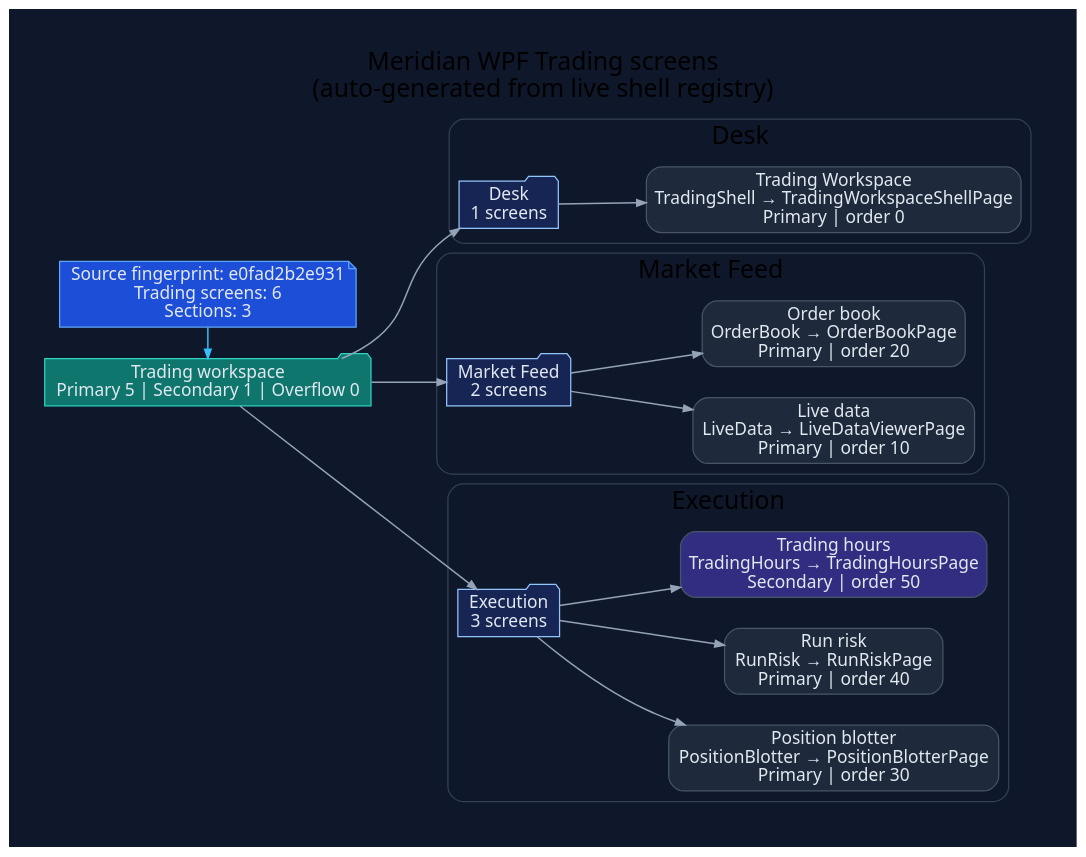
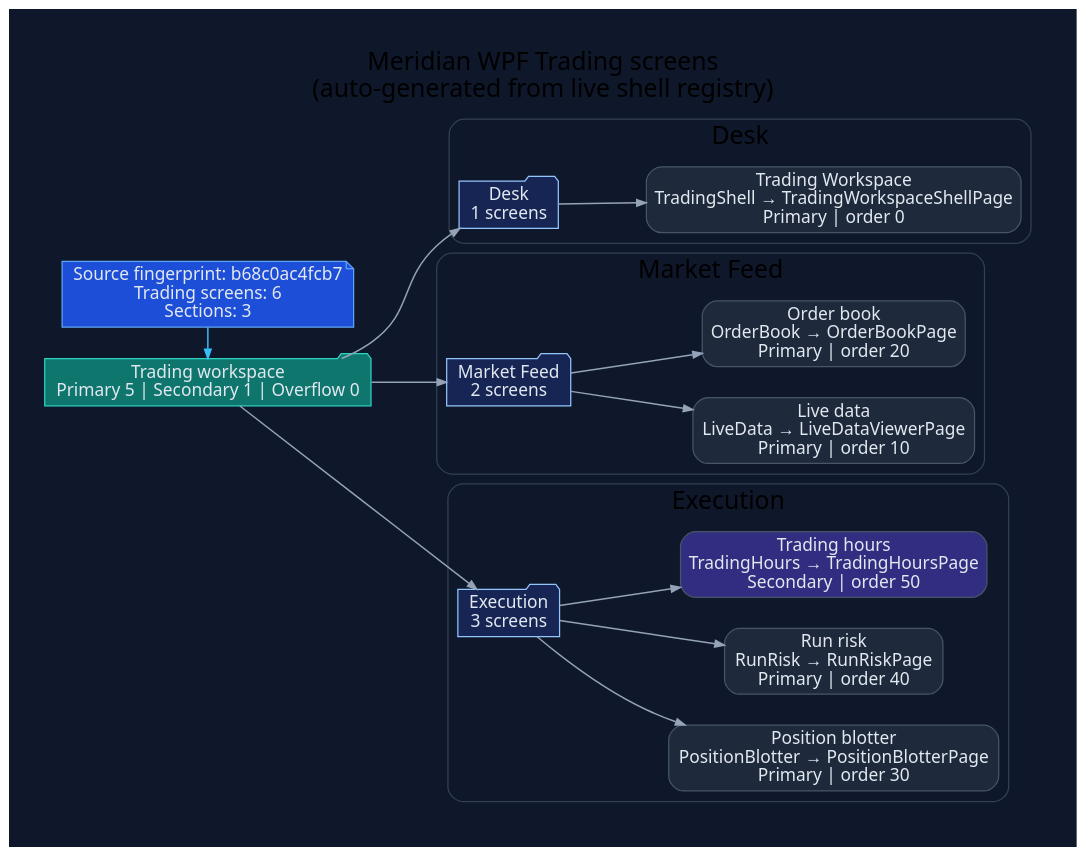
Before and after one commit to rodoHasArrived/Meridian-main: the diagram in docs/diagrams/ui-wpf-screens-trading.dot, drawn with Graphviz. The commit also changed 26 other files, not shown here.

First line of the commit message:
docs(generated): regenerate UI diagrams and refresh reviewed hashes after merging main

```diff
--- a/docs/diagrams/ui-wpf-screens-trading.dot
+++ b/docs/diagrams/ui-wpf-screens-trading.dot
@@ -1,62 +1,62 @@
 // -----------------------------------------------------------------------------
 // <auto-generated>
 // Generated by scripts/generate-diagrams.mjs.
 // Do not edit this file directly; update the WPF source files instead.
 // -----------------------------------------------------------------------------
 digraph WpfTradingScreens {
   graph [
     rankdir=LR,
     labelloc=t,
     label="Meridian WPF Trading screens\n(auto-generated from live shell registry)",
     fontname="Segoe UI",
     fontsize=20,
     pad=0.4,
     nodesep=0.35,
     ranksep=0.85,
     bgcolor="#0f172a"
   ];
   node [fontname="Segoe UI", shape=box, style="rounded,filled", color="#475569", fontcolor="#e2e8f0", fillcolor="#1e293b"];
   edge [fontname="Segoe UI", color="#94a3b8", penwidth=1.2, arrowsize=0.75];
 
-  generated [shape=note, fillcolor="#1d4ed8", color="#60a5fa", label="Source fingerprint: e0fad2b2e931\nTrading screens: 6\nSections: 3"];
+  generated [shape=note, fillcolor="#1d4ed8", color="#60a5fa", label="Source fingerprint: b68c0ac4fcb7\nTrading screens: 6\nSections: 3"];
   workspace [shape=folder, fillcolor="#0f766e", color="#2dd4bf", label="Trading workspace\nPrimary 5 | Secondary 1 | Overflow 0"];
   generated -> workspace [color="#38bdf8"];
 
   subgraph cluster_section_1 {
     label="Desk";
     color="#334155";
     style="rounded";
     section_1 [shape=folder, fillcolor="#172554", color="#93c5fd", label="Desk\n1 screens"];
     workspace -> section_1;
     screen_TradingShell [fillcolor="#1e293b", label="Trading Workspace\nTradingShell → TradingWorkspaceShellPage\nPrimary | order 0"];
     section_1 -> screen_TradingShell;
   }
 
   subgraph cluster_section_2 {
     label="Market Feed";
     color="#334155";
     style="rounded";
     section_2 [shape=folder, fillcolor="#172554", color="#93c5fd", label="Market Feed\n2 screens"];
     workspace -> section_2;
     screen_LiveData [fillcolor="#1e293b", label="Live data\nLiveData → LiveDataViewerPage\nPrimary | order 10"];
     section_2 -> screen_LiveData;
     screen_OrderBook [fillcolor="#1e293b", label="Order book\nOrderBook → OrderBookPage\nPrimary | order 20"];
     section_2 -> screen_OrderBook;
   }
 
   subgraph cluster_section_3 {
     label="Execution";
     color="#334155";
     style="rounded";
     section_3 [shape=folder, fillcolor="#172554", color="#93c5fd", label="Execution\n3 screens"];
     workspace -> section_3;
     screen_PositionBlotter [fillcolor="#1e293b", label="Position blotter\nPositionBlotter → PositionBlotterPage\nPrimary | order 30"];
     section_3 -> screen_PositionBlotter;
     screen_RunRisk [fillcolor="#1e293b", label="Run risk\nRunRisk → RunRiskPage\nPrimary | order 40"];
     section_3 -> screen_RunRisk;
     screen_TradingHours [fillcolor="#312e81", label="Trading hours\nTradingHours → TradingHoursPage\nSecondary | order 50"];
     section_3 -> screen_TradingHours;
   }
 
   { rank=min; generated; workspace; }
 }
```
